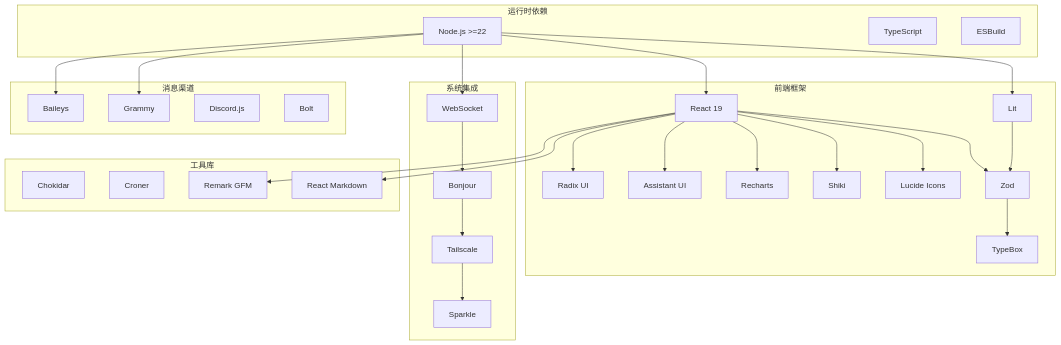
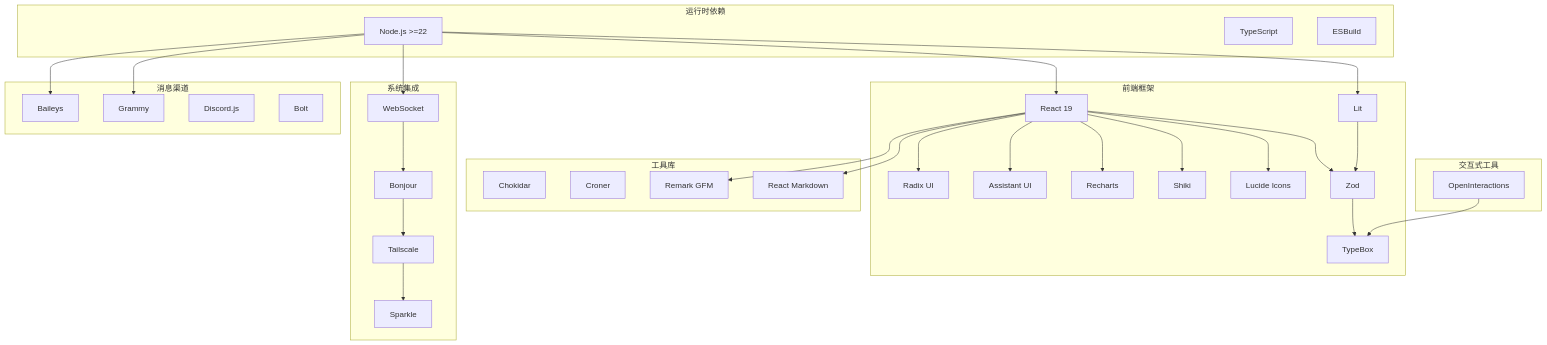
Diagram 19 of 19 in .qoder/repowiki/zh/content/Web界面/UI组件系统/工具UI组件/富工具UI基础设施.md (verse-ai-org/openclaw), drawn with Mermaid before and after one commit. The commit also changed other lines of this file and 11 other files, not shown here.

````diff
--- a/.qoder/repowiki/zh/content/Web界面/UI组件系统/工具UI组件/富工具UI基础设施.md
+++ b/.qoder/repowiki/zh/content/Web界面/UI组件系统/工具UI组件/富工具UI基础设施.md
@@ -688,55 +948,60 @@
 ```mermaid
 graph TB
 subgraph "运行时依赖"
 NodeJS[Node.js >=22]
 TypeScript[TypeScript]
 ESBuild[ESBuild]
 end
 subgraph "前端框架"
 React[React 19]
 Lit[Lit]
 RadixUI[Radix UI]
 AssistantUI[Assistant UI]
 Recharts[Recharts]
 Shiki[Shiki]
 Lucide[Lucide Icons]
 Zod[Zod]
 TypeBox[TypeBox]
 end
 subgraph "系统集成"
 WebSocket[WebSocket]
 Bonjour[Bonjour]
 Tailscale[Tailscale]
 Sparkle[Sparkle]
 end
 subgraph "消息渠道"
 Baileys[Baileys]
 Grammy[Grammy]
 DiscordJS[Discord.js]
 Bolt[Bolt]
 end
 subgraph "工具库"
 Chokidar[Chokidar]
 Croner[Croner]
 Remark[Remark GFM]
 ReactMarkdown[React Markdown]
 end
+subgraph "交互式工具"
+VercelAI[OpenInteractions]
+TypeBox[TypeBox]
+end
 NodeJS --> React
 NodeJS --> Lit
 NodeJS --> Baileys
 NodeJS --> Grammy
 NodeJS --> WebSocket
 React --> RadixUI
 React --> AssistantUI
 React --> Recharts
 React --> Shiki
 React --> Lucide
 React --> Zod
 React --> Remark
 React --> ReactMarkdown
 Lit --> Zod
 Zod --> TypeBox
 WebSocket --> Bonjour
 Bonjour --> Tailscale
 Tailscale --> Sparkle
+VercelAI --> TypeBox
 ```
````
